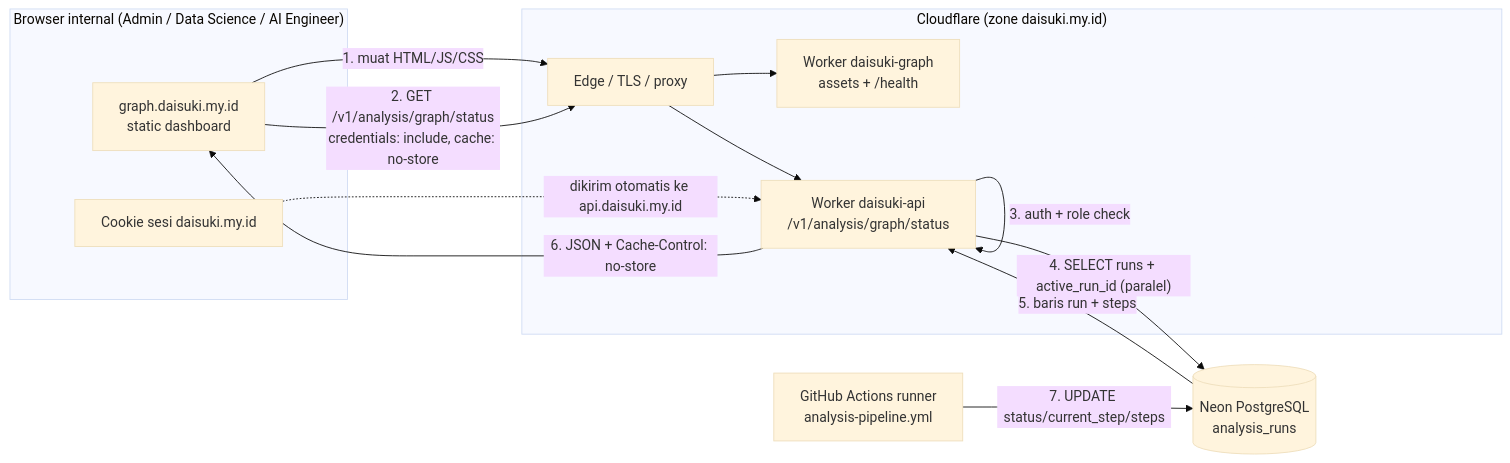
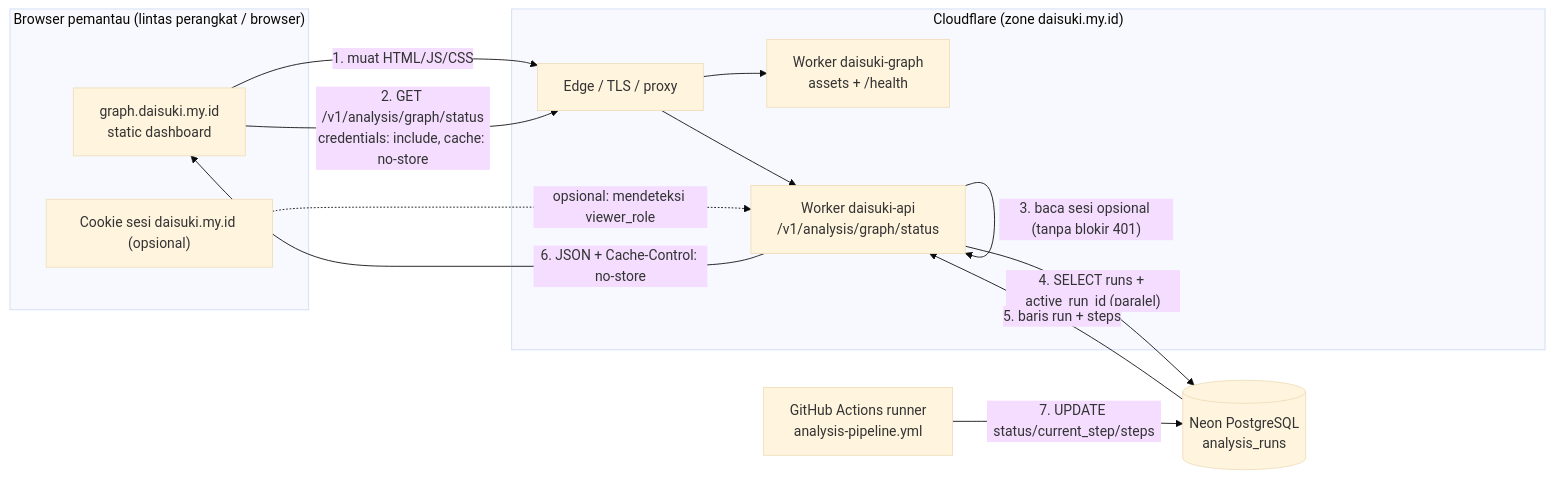
One commit to HudzaifahArrantisi/Dicoding-Project changed the first of 6 diagrams in docs/GRAPH_REALTIME_FLOW.md. Above: the diagram before and after it, drawn with Mermaid (base theme). The commit also changed other lines of this file and 5 other files, not shown here.

Commit message:
feat: add public analysis status endpoint for cross-device graph dashboard monitoring

````diff
--- a/docs/GRAPH_REALTIME_FLOW.md
+++ b/docs/GRAPH_REALTIME_FLOW.md
@@ -9,25 +9,25 @@
 ```mermaid
 flowchart LR
-    subgraph Browser["Browser internal (Admin / Data Science / AI Engineer)"]
+    subgraph Browser["Browser pemantau (lintas perangkat / browser)"]
         G["graph.daisuki.my.id<br/>static dashboard"]
-        C["Cookie sesi daisuki.my.id"]
+        C["Cookie sesi daisuki.my.id (opsional)"]
     end
 
     subgraph CF["Cloudflare (zone daisuki.my.id)"]
         EDGE["Edge / TLS / proxy"]
         GW["Worker daisuki-graph<br/>assets + /health"]
         AW["Worker daisuki-api<br/>/v1/analysis/graph/status"]
     end
 
     DB[("Neon PostgreSQL<br/>analysis_runs")]
     GH["GitHub Actions runner<br/>analysis-pipeline.yml"]
 
     G -->|"1. muat HTML/JS/CSS"| EDGE --> GW
     G -->|"2. GET /v1/analysis/graph/status<br/>credentials: include, cache: no-store"| EDGE --> AW
-    C -.->|"dikirim otomatis ke api.daisuki.my.id"| AW
-    AW -->|"3. auth + role check"| AW
+    C -.->|"opsional: mendeteksi viewer_role"| AW
+    AW -->|"3. baca sesi opsional (tanpa blokir 401)"| AW
     AW -->|"4. SELECT runs + active_run_id (paralel)"| DB
     DB -->|"5. baris run + steps"| AW
     AW -->|"6. JSON + Cache-Control: no-store"| G
     GH -->|"7. UPDATE status/current_step/steps"| DB
 ```
````
